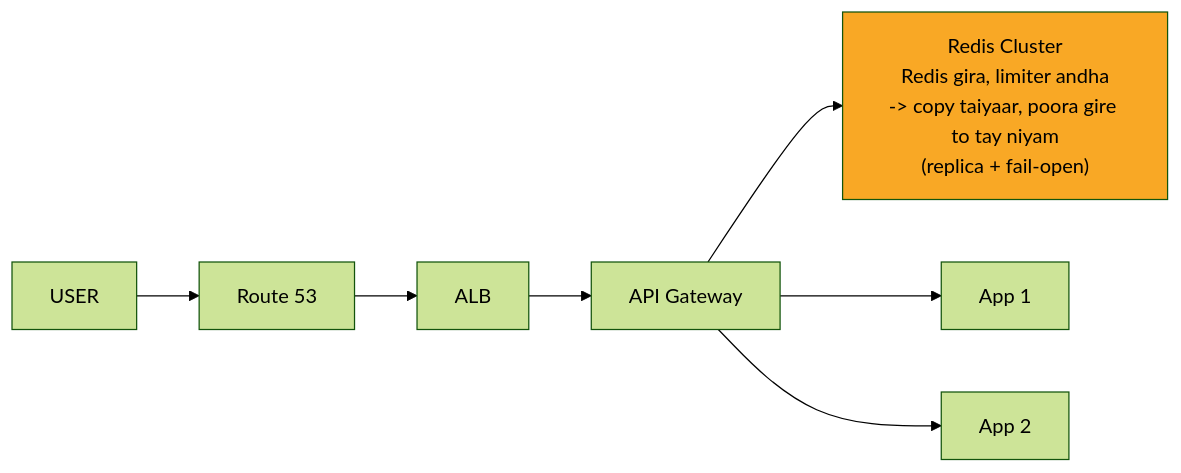
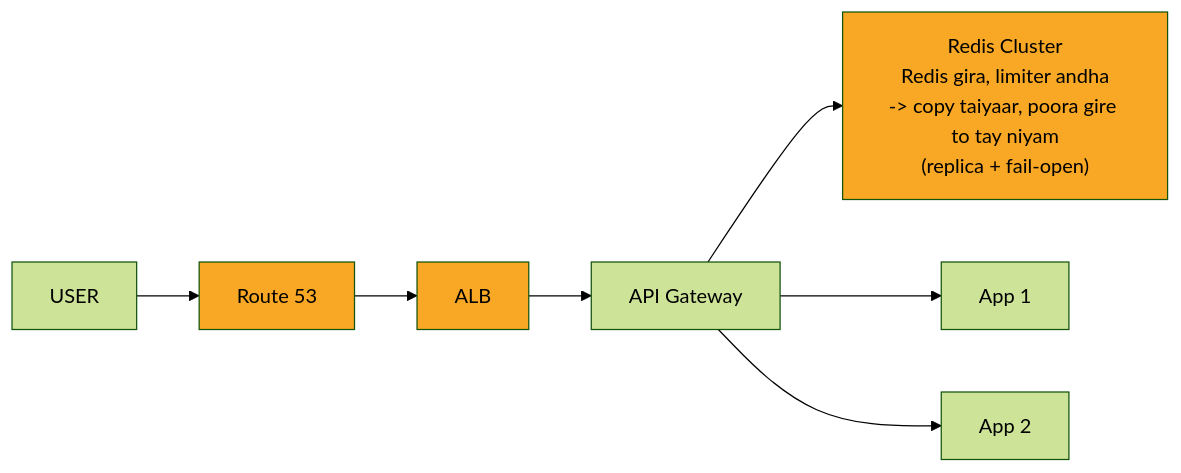
Before and after one commit to ArpanMaheshwari144/Prep: the fifth of 11 diagrams in 04_HLD/SYSTEM_DESIGNS/02_rate_limiter/02_rate_limiter.md, drawn with Mermaid (forest theme). The commit also changed other lines of this file and 10 other files, not shown here.

````diff
--- a/04_HLD/SYSTEM_DESIGNS/02_rate_limiter/02_rate_limiter.md
+++ b/04_HLD/SYSTEM_DESIGNS/02_rate_limiter/02_rate_limiter.md
@@ -215,17 +215,19 @@
 ```mermaid
 flowchart LR
     n_USER["USER"]
     n_Route_53["Route 53"]
     n_ALB["ALB"]
     n_API_Gateway["API Gateway"]
     n_Redis_Cluster["Redis Cluster<br/>Redis gira, limiter andha<br/>-> copy taiyaar, poora gire to tay niyam<br/>(replica + fail-open)"]
     n_App_x_N_1["App 1"]
     n_App_x_N_2["App 2"]
     n_USER --> n_Route_53
     n_Route_53 --> n_ALB
     n_ALB --> n_API_Gateway
     n_API_Gateway --> n_Redis_Cluster
     n_API_Gateway --> n_App_x_N_1
     n_API_Gateway --> n_App_x_N_2
     style n_Redis_Cluster fill:#f9a825,color:#000
+    style n_Route_53 fill:#f9a825,color:#000
+    style n_ALB fill:#f9a825,color:#000
 ```
````
